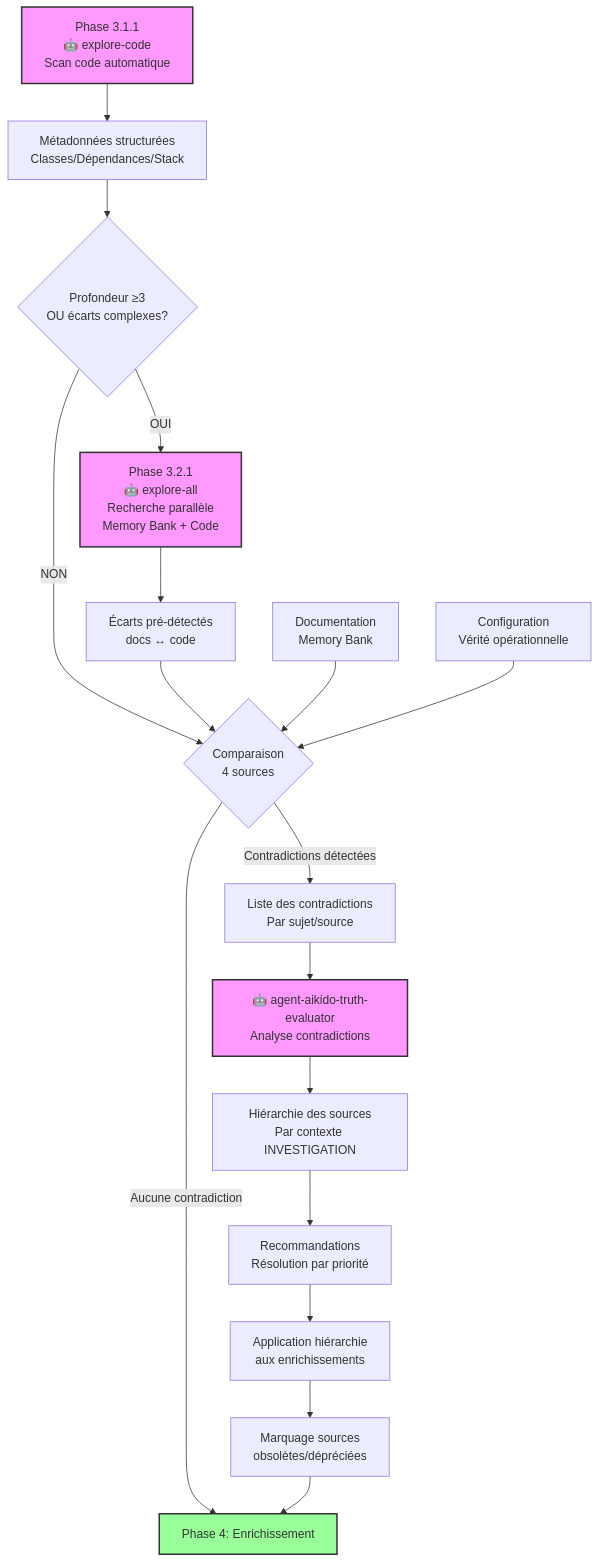
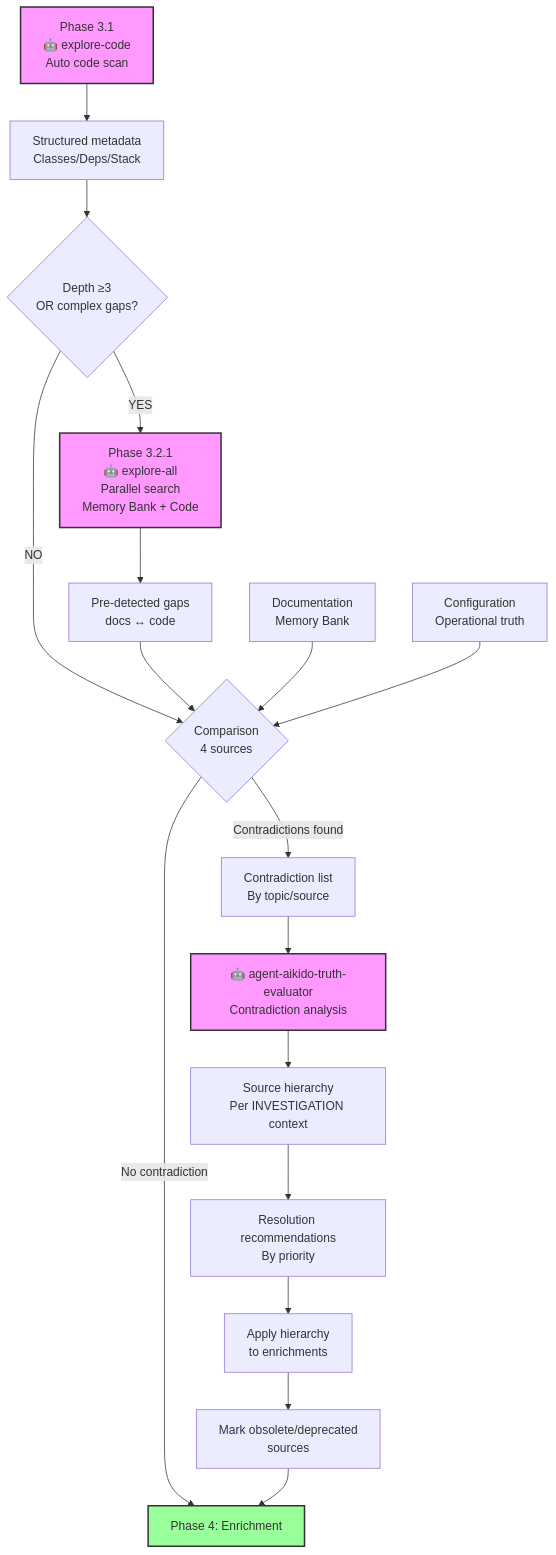
One commit to lcalmejane/aikido changed the third of 5 diagrams in prompts/hard_points/commands/analyse-project.md. Above: the diagram before and after it, drawn with Mermaid. The commit also changed other lines of this file and 159 other files, not shown here.

````diff
--- a/prompts/hard_points/commands/analyse-project.md
+++ b/prompts/hard_points/commands/analyse-project.md
@@ -674,34 +459,34 @@
 ```mermaid
 graph TD
-    SCAN[Phase 3.1.1<br/>🤖 explore-code<br/>Scan code automatique] --> RESULTS[Métadonnées structurées<br/>Classes/Dépendances/Stack]
+    SCAN[Phase 3.1<br/>🤖 explore-code<br/>Auto code scan] --> RESULTS[Structured metadata<br/>Classes/Deps/Stack]
 
-    RESULTS --> OPTION{Profondeur ≥3<br/>OU écarts complexes?}
+    RESULTS --> OPTION{Depth ≥3<br/>OR complex gaps?}
 
-    OPTION -->|OUI| ALL[Phase 3.2.1<br/>🤖 explore-all<br/>Recherche parallèle<br/>Memory Bank + Code]
-    OPTION -->|NON| COMPARE
+    OPTION -->|YES| ALL[Phase 3.2.1<br/>🤖 explore-all<br/>Parallel search<br/>Memory Bank + Code]
+    OPTION -->|NO| COMPARE
 
-    ALL --> ECARTS[Écarts pré-détectés<br/>docs ↔ code]
-    ECARTS --> COMPARE
+    ALL --> GAPS[Pre-detected gaps<br/>docs ↔ code]
+    GAPS --> COMPARE
 
-    COMPARE{Comparaison<br/>4 sources}
+    COMPARE{Comparison<br/>4 sources}
     DOCS[Documentation<br/>Memory Bank] --> COMPARE
-    CONFIG[Configuration<br/>Vérité opérationnelle] --> COMPARE
+    CONFIG[Configuration<br/>Operational truth] --> COMPARE
 
-    COMPARE -->|Aucune contradiction| NEXT[Phase 4: Enrichissement]
-    COMPARE -->|Contradictions détectées| LIST[Liste des contradictions<br/>Par sujet/source]
+    COMPARE -->|No contradiction| NEXT[Phase 4: Enrichment]
+    COMPARE -->|Contradictions found| LIST[Contradiction list<br/>By topic/source]
 
-    LIST --> AGENT[🤖 agent-aikido-truth-evaluator<br/>Analyse contradictions]
+    LIST --> AGENT[🤖 agent-aikido-truth-evaluator<br/>Contradiction analysis]
 
-    AGENT --> HIERARCHY[Hiérarchie des sources<br/>Par contexte INVESTIGATION]
-    HIERARCHY --> REC[Recommandations<br/>Résolution par priorité]
+    AGENT --> HIERARCHY[Source hierarchy<br/>Per INVESTIGATION context]
+    HIERARCHY --> REC[Resolution recommendations<br/>By priority]
 
-    REC --> APPLY[Application hiérarchie<br/>aux enrichissements]
-    APPLY --> MARK[Marquage sources<br/>obsolètes/dépréciées]
+    REC --> APPLY[Apply hierarchy<br/>to enrichments]
+    APPLY --> MARK[Mark obsolete/deprecated<br/>sources]
 
     MARK --> NEXT
 
     style SCAN fill:#f9f,stroke:#333,stroke-width:2px
     style ALL fill:#f9f,stroke:#333,stroke-width:2px
     style AGENT fill:#f9f,stroke:#333,stroke-width:2px
     style NEXT fill:#9f9,stroke:#333,stroke-width:2px
 ```
````
